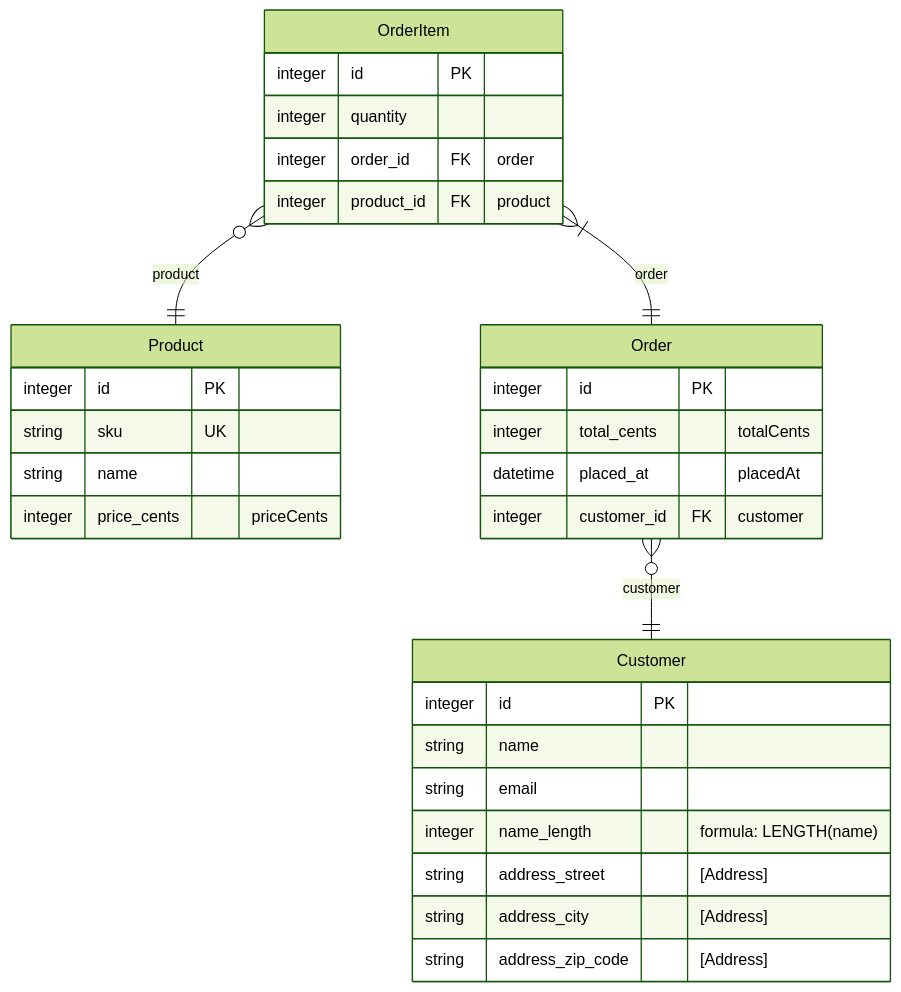
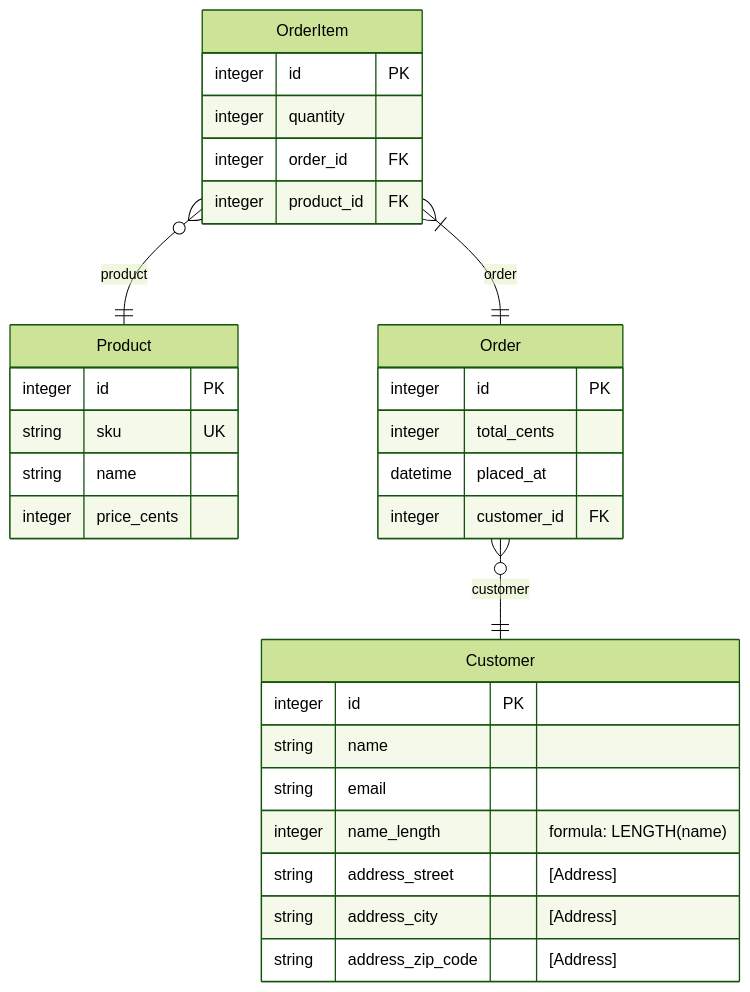
One commit to iamkanguk97/mikro-orm-markdown changed the fourth of 4 diagrams in examples/ERD.md. Above: the diagram before and after it, drawn with Mermaid (forest theme). The commit also changed other lines of this file and 8 other files, not shown here.

First line of the commit message:
feat: add namespace TOC and declutter mermaid columns

````diff
--- a/examples/ERD.md
+++ b/examples/ERD.md
@@ -203,33 +214,33 @@
 ```mermaid
 erDiagram
   Product {
     integer id PK
     string sku UK
     string name
-    integer price_cents "priceCents"
+    integer price_cents
   }
   OrderItem {
     integer id PK
     integer quantity
-    integer order_id FK "order"
-    integer product_id FK "product"
+    integer order_id FK
+    integer product_id FK
   }
   Order {
     integer id PK
-    integer total_cents "totalCents"
-    datetime placed_at "placedAt"
-    integer customer_id FK "customer"
+    integer total_cents
+    datetime placed_at
+    integer customer_id FK
   }
   Customer {
     integer id PK
     string name
     string email
     integer name_length "formula: LENGTH(name)"
     string address_street "[Address]"
     string address_city "[Address]"
     string address_zip_code "[Address]"
   }
   OrderItem }|--|| Order : "order"
   OrderItem }o--|| Product : "product"
   Order }o--|| Customer : "customer"
 ```
````
